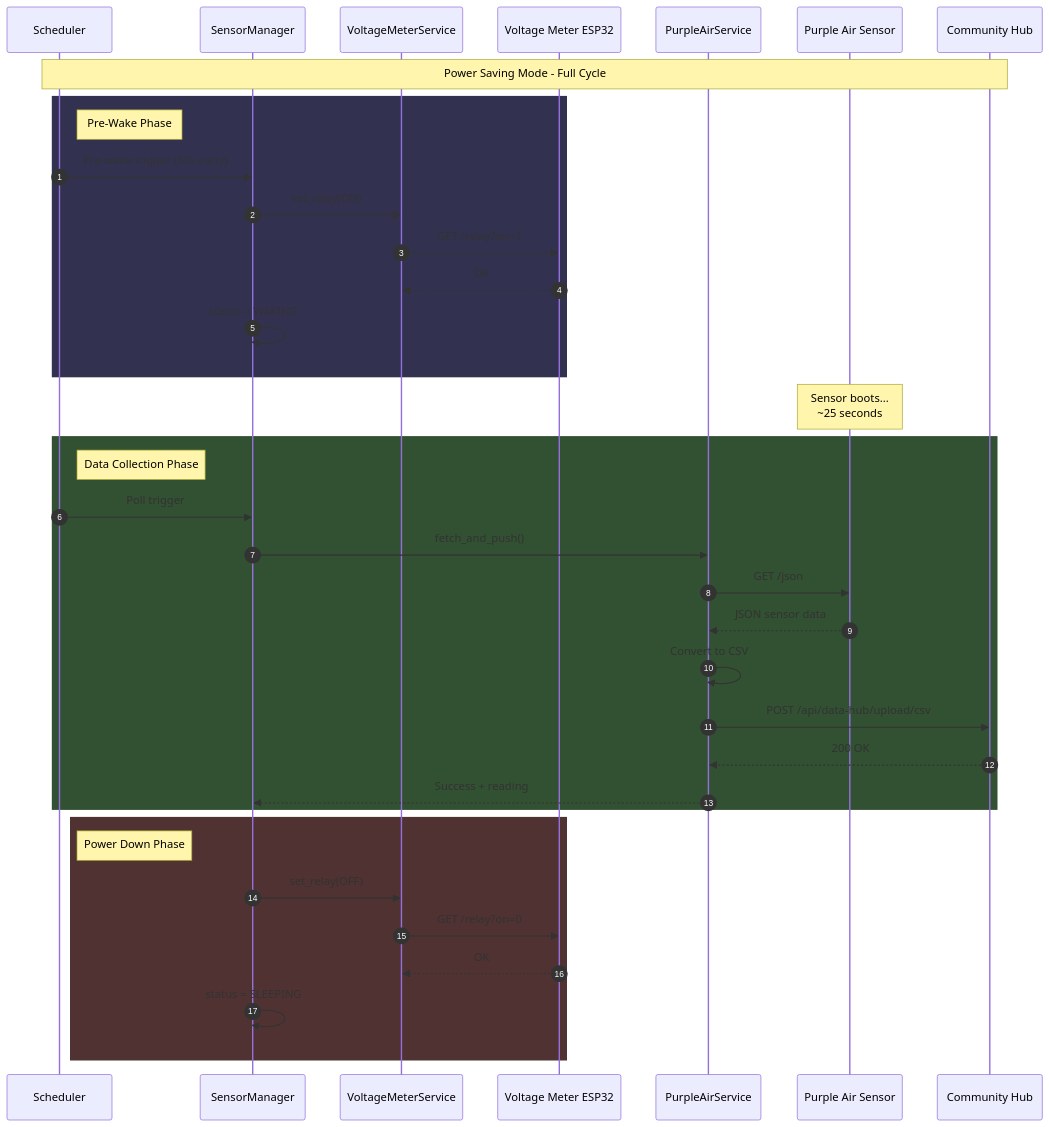
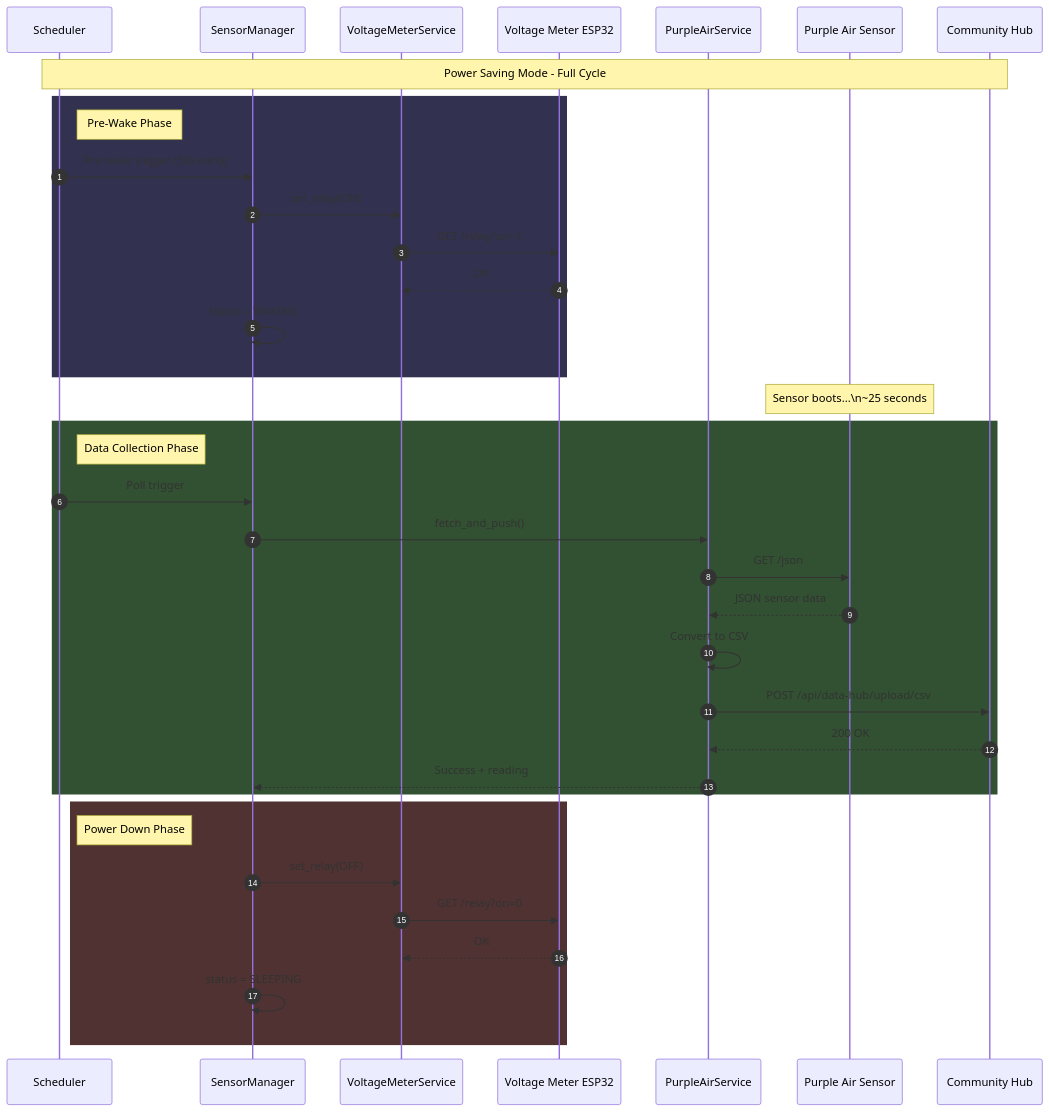
One commit to Environmental-Dashboard/sensor-data-collector changed the fourth of 9 diagrams in ARCHITECTURES.md. Above: the diagram before and after it, drawn with Mermaid. The commit also changed other lines of this file and 1 other file, not shown here.

First line of the commit message:
Fix Mermaid diagrams in architecture docs

````diff
--- a/ARCHITECTURES.md
+++ b/ARCHITECTURES.md
@@ -138,45 +138,45 @@
 ```mermaid
 sequenceDiagram
     autonumber
     
     participant SCH as Scheduler
     participant SM as SensorManager
     participant VMS as VoltageMeterService
     participant VM as Voltage Meter ESP32
     participant PAS as PurpleAirService
     participant PA as Purple Air Sensor
     participant CH as Community Hub
     
     Note over SCH,CH: Power Saving Mode - Full Cycle
     
     rect rgb(50, 50, 80)
         Note right of SCH: Pre-Wake Phase
         SCH->>SM: Pre-wake trigger (30s early)
         SM->>VMS: set_relay(ON)
         VMS->>VM: GET /relay?on=1
         VM-->>VMS: OK
         SM->>SM: status = WAKING
     end
     
-    Note over PA: Sensor boots...<br/>~25 seconds
+    Note over PA: Sensor boots...\n~25 seconds
     
     rect rgb(50, 80, 50)
         Note right of SCH: Data Collection Phase
         SCH->>SM: Poll trigger
         SM->>PAS: fetch_and_push()
         PAS->>PA: GET /json
         PA-->>PAS: JSON sensor data
         PAS->>PAS: Convert to CSV
         PAS->>CH: POST /api/data-hub/upload/csv
         CH-->>PAS: 200 OK
         PAS-->>SM: Success + reading
     end
     
     rect rgb(80, 50, 50)
         Note right of SCH: Power Down Phase
         SM->>VMS: set_relay(OFF)
         VMS->>VM: GET /relay?on=0
         VM-->>VMS: OK
         SM->>SM: status = SLEEPING
     end
 ```
````
